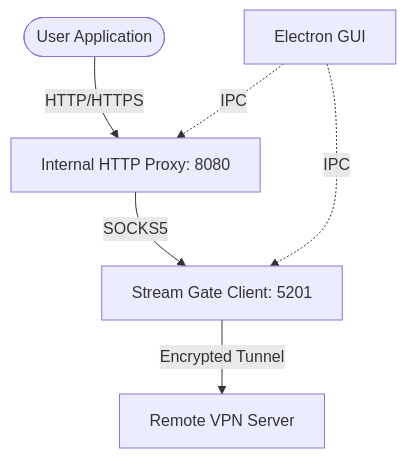
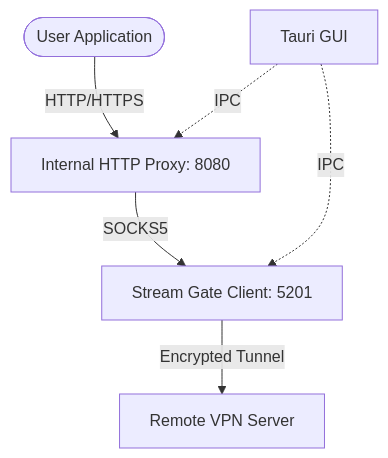
The diagram in README.md (free-mba/Stream-Gate), drawn with Mermaid before and after one commit. The commit also changed other lines of this file and 5 other files, not shown here.

Commit message:
feat: Migrate project architecture from Electron to Tauri + React + Rust, updating project structure documentation and release workflow.

````diff
--- a/README.md
+++ b/README.md
@@ -100,9 +99,9 @@
 ```mermaid
 graph TD
     User([User Application]) -->|HTTP/HTTPS| HP[Internal HTTP Proxy: 8080]
     HP -->|SOCKS5| SC[Stream Gate Client: 5201]
     SC -->|Encrypted Tunnel| Remote[Remote VPN Server]
     
-    UI[Electron GUI] -.->|IPC| HP
+    UI[Tauri GUI] -.->|IPC| HP
     UI -.->|IPC| SC
 ```
````
